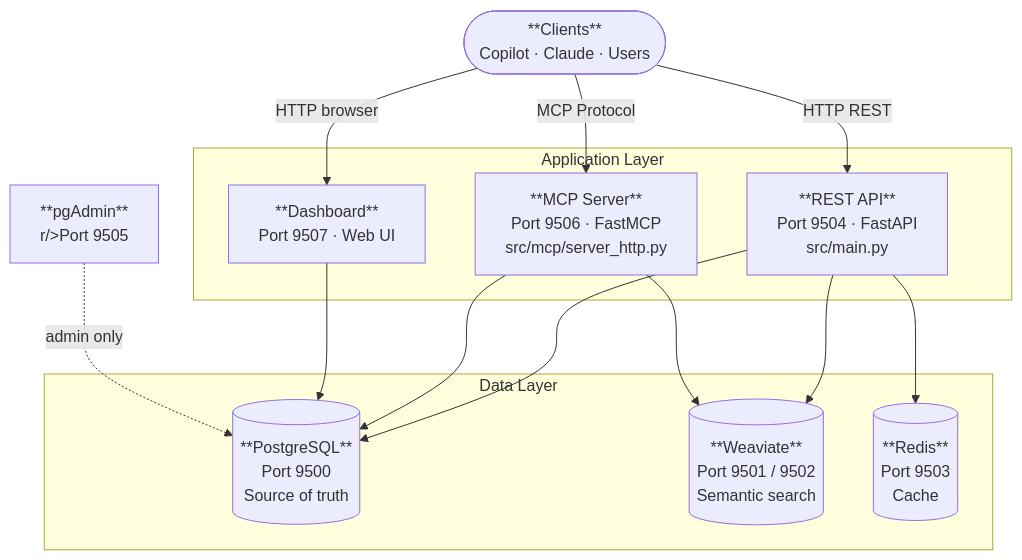
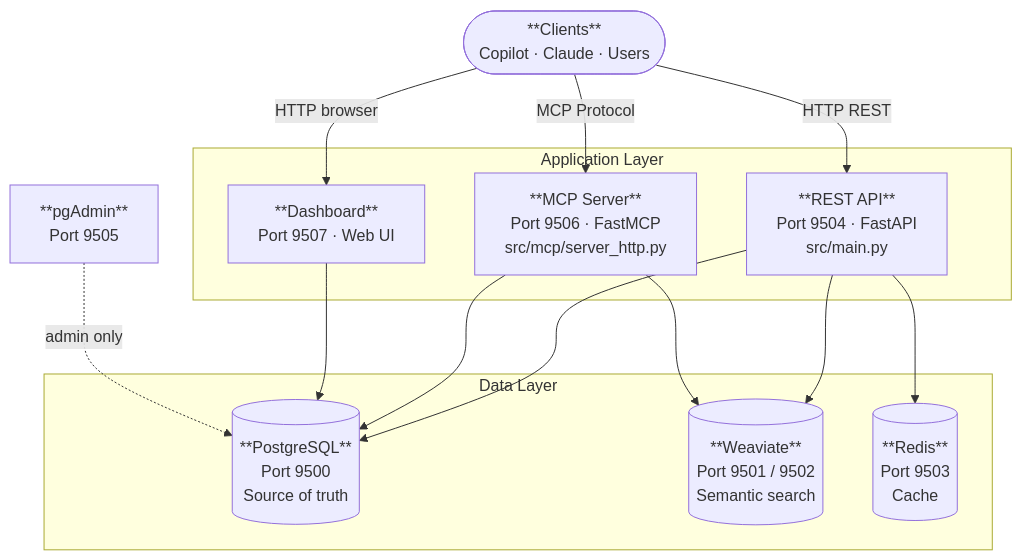
The first of 8 diagrams in docs/api/ARCHITECTURE.md (ITlusions/ITL.Braincell), drawn with Mermaid before and after one commit. The commit also changed other lines of this file and 3 other files, not shown here.

````diff
--- a/docs/api/ARCHITECTURE.md
+++ b/docs/api/ARCHITECTURE.md
@@ -7,30 +7,30 @@
 ```mermaid
 graph TD
     C(["**Clients**<br/>Copilot · Claude · Users"])
 
     C -->|"HTTP REST"| API
     C -->|"HTTP browser"| DASH
     C -->|"MCP Protocol"| MCP
 
     subgraph app["Application Layer"]
         API["**REST API**<br/>Port 9504 · FastAPI<br/>src/main.py"]
         MCP["**MCP Server**<br/>Port 9506 · FastMCP<br/>src/mcp/server_http.py"]
         DASH["**Dashboard**<br/>Port 9507 · Web UI"]
     end
 
     subgraph data["Data Layer"]
         PG[("**PostgreSQL**<br/>Port 9500<br/>Source of truth")]
         WV[("**Weaviate**<br/>Port 9501 / 9502<br/>Semantic search")]
         RD[("**Redis**<br/>Port 9503<br/>Cache")]
     end
 
-    PGA["**pgAdmin**<br/>r/>Port 9505"]
+    PGA["**pgAdmin**<br/>Port 9505"]
 
     API --> PG
     API --> WV
     API --> RD
     MCP --> PG
     MCP --> WV
     DASH --> PG
     PGA -.->|"admin only"| PG
 ```
````
